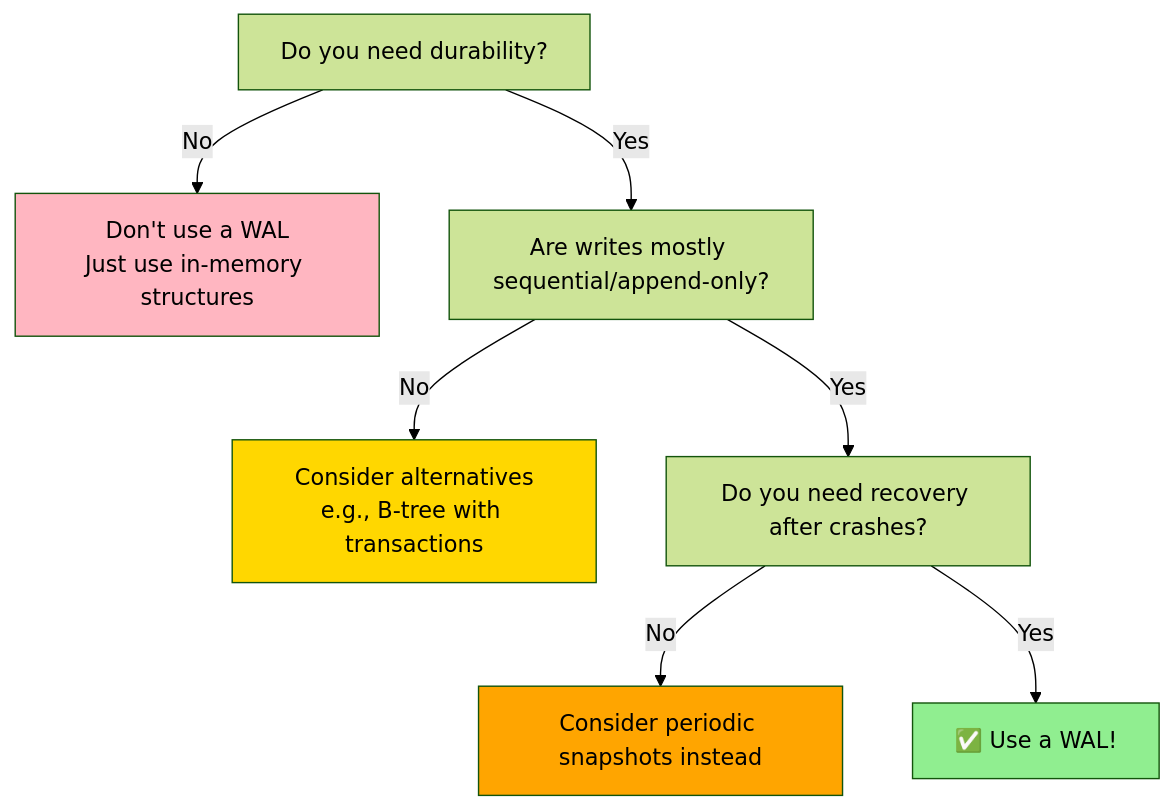
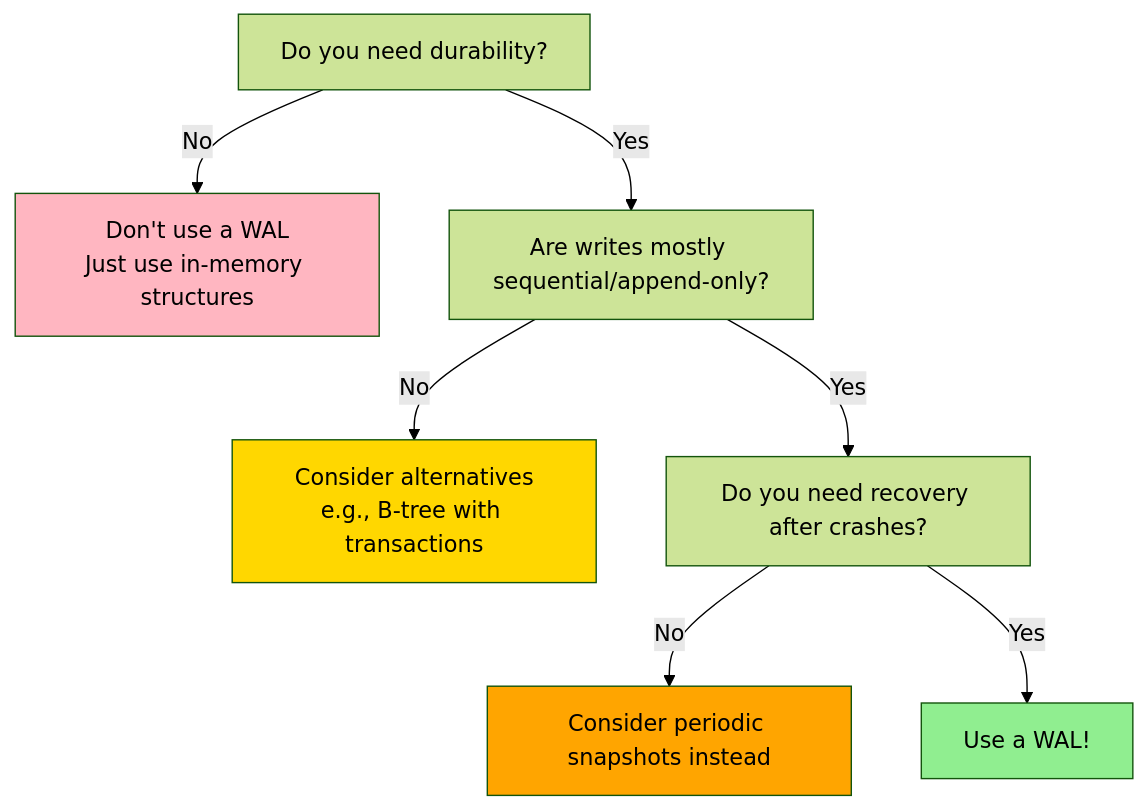
One commit to j-haj/nori changed the diagram in core-concepts/when-to-use.md. Above: the diagram before and after it, drawn with Mermaid (forest theme). The commit also changed other lines of this file and 14 other files, not shown here.

````diff
--- a/core-concepts/when-to-use.md
+++ b/core-concepts/when-to-use.md
@@ -26,14 +26,14 @@
 ```mermaid
 graph TD
     A[Do you need durability?] -->|No| B[Don't use a WAL<br/>Just use in-memory structures]
     A -->|Yes| C[Are writes mostly sequential/append-only?]
     C -->|No| D[Consider alternatives<br/>e.g., B-tree with transactions]
     C -->|Yes| E[Do you need recovery after crashes?]
     E -->|No| F[Consider periodic snapshots instead]
-    E -->|Yes| G[✅ Use a WAL!]
+    E -->|Yes| G[Use a WAL!]
 
     style G fill:#90EE90
     style B fill:#FFB6C1
     style D fill:#FFD700
     style F fill:#FFA500
 ```
````
